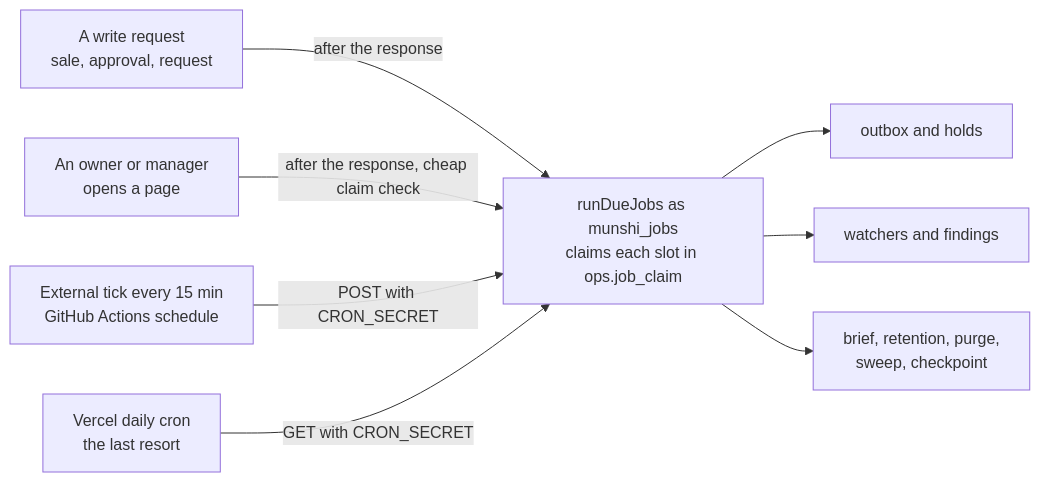
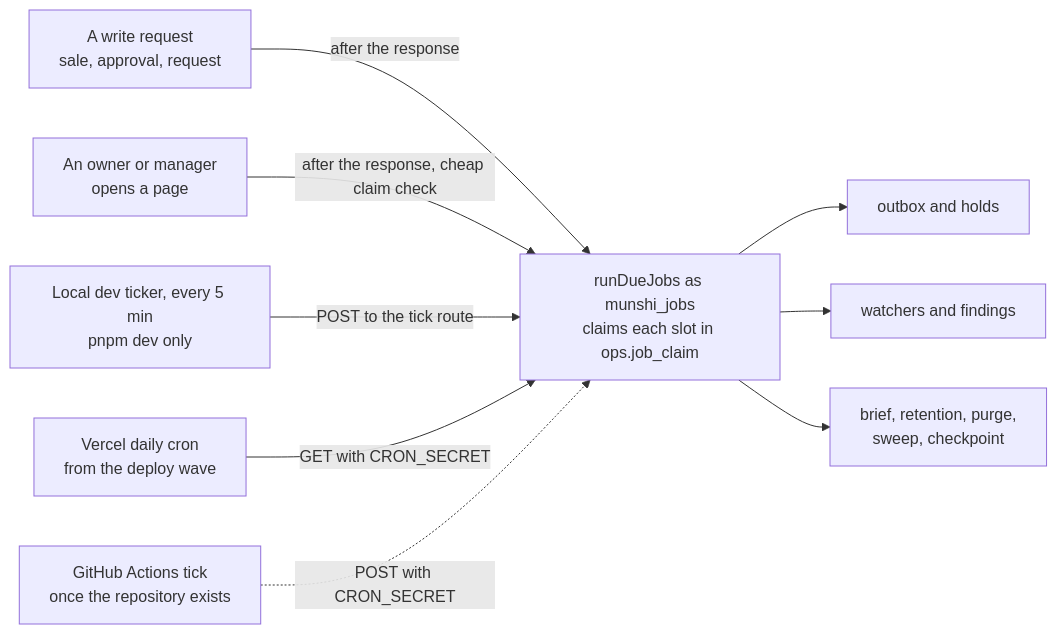
One commit to SawhneySatvik/munshi changed diagram 12 of 19 in docs/BLUEPRINT.md. Above: the diagram before and after it, drawn with Mermaid. The commit also changed other lines of this file, not shown here.

````diff
--- a/docs/BLUEPRINT.md
+++ b/docs/BLUEPRINT.md
@@ -1343,10 +1474,11 @@
 ```mermaid
 flowchart LR
   w["A write request<br/>sale, approval, request"] -- "after the response" --> r
   p["An owner or manager<br/>opens a page"] -- "after the response, cheap claim check" --> r
-  t["External tick every 15 min<br/>GitHub Actions schedule"] -- "POST with CRON_SECRET" --> r
-  c["Vercel daily cron<br/>the last resort"] -- "GET with CRON_SECRET" --> r
+  d["Local dev ticker, every 5 min<br/>pnpm dev only"] -- "POST to the tick route" --> r
+  c["Vercel daily cron<br/>from the deploy wave"] -- "GET with CRON_SECRET" --> r
+  t["GitHub Actions tick<br/>once the repository exists"] -. "POST with CRON_SECRET" .-> r
   r["runDueJobs as munshi_jobs<br/>claims each slot in ops.job_claim"] --> j1["outbox and holds"]
   r --> j2["watchers and findings"]
   r --> j3["brief, retention, purge,<br/>sweep, checkpoint"]
 ```
````
